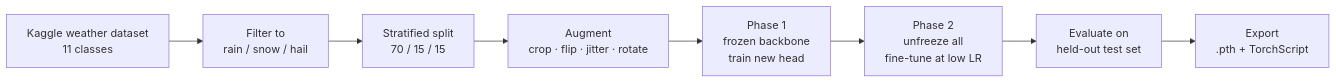
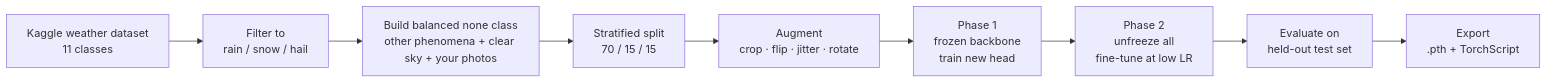
The diagram in README.md (Marzban-io/Rain-Snow-Hail-Image-classifier), drawn with Mermaid before and after one commit. The commit also changed other lines of this file, not shown here.

````diff
--- a/README.md
+++ b/README.md
@@ -35,10 +35,11 @@
 ```mermaid
 flowchart LR
     A[Kaggle weather dataset<br/>11 classes] --> B[Filter to<br/>rain / snow / hail]
-    B --> C[Stratified split<br/>70 / 15 / 15]
+    B --> B2[Build balanced none class<br/>other phenomena + clear sky + your photos]
+    B2 --> C[Stratified split<br/>70 / 15 / 15]
     C --> D[Augment<br/>crop · flip · jitter · rotate]
     D --> E[Phase 1<br/>frozen backbone<br/>train new head]
     E --> F[Phase 2<br/>unfreeze all<br/>fine-tune at low LR]
     F --> G[Evaluate on<br/>held-out test set]
     G --> H[Export<br/>.pth + TorchScript]
 ```
````
